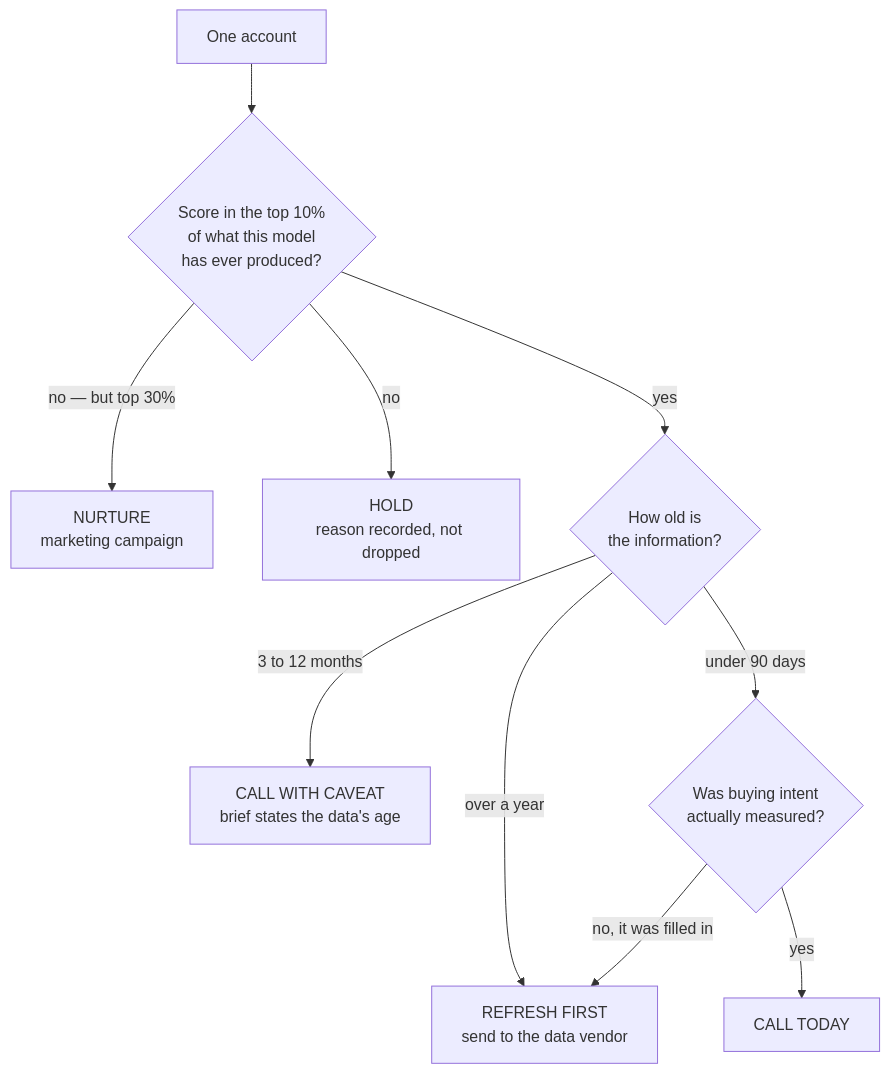
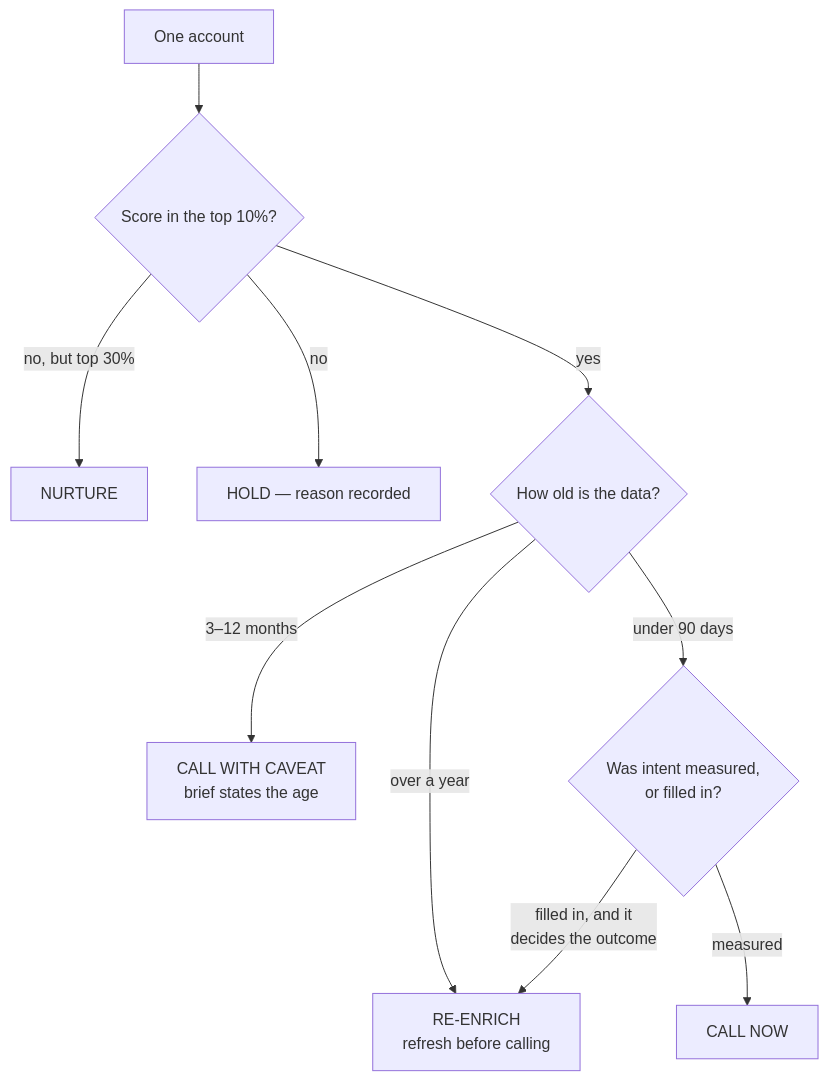
Before and after one commit to kb2326/cordilla-account-scoring: the second of 5 diagrams in README.md, drawn with Mermaid. The commit also changed other lines of this file and 1 other file, not shown here.

First line of the commit message:
README rewritten around the architecture; benchmark the assumptions

````diff
--- a/README.md
+++ b/README.md
@@ -56,12 +57,12 @@
 ```mermaid
 flowchart TD
-    A["One account"] --> B{"Score in the top 10%<br/>of what this model<br/>has ever produced?"}
-    B -->|"no — but top 30%"| N["NURTURE<br/>marketing campaign"]
-    B -->|"no"| H["HOLD<br/>reason recorded, not dropped"]
-    B -->|"yes"| C{"How old is<br/>the information?"}
-    C -->|"over a year"| F["REFRESH FIRST<br/>send to the data vendor"]
-    C -->|"3 to 12 months"| E["CALL WITH CAVEAT<br/>brief states the data's age"]
-    C -->|"under 90 days"| D{"Was buying intent<br/>actually measured?"}
-    D -->|"no, it was filled in"| F
-    D -->|"yes"| G["CALL TODAY"]
+    A["One account"] --> B{"Score in the top 10%?"}
+    B -->|"no, but top 30%"| N["NURTURE"]
+    B -->|"no"| H["HOLD — reason recorded"]
+    B -->|"yes"| C{"How old is the data?"}
+    C -->|"over a year"| F["RE-ENRICH<br/>refresh before calling"]
+    C -->|"3–12 months"| E["CALL WITH CAVEAT<br/>brief states the age"]
+    C -->|"under 90 days"| D{"Was intent measured,<br/>or filled in?"}
+    D -->|"filled in, and it<br/>decides the outcome"| F
+    D -->|"measured"| G["CALL NOW"]
 ```
````
